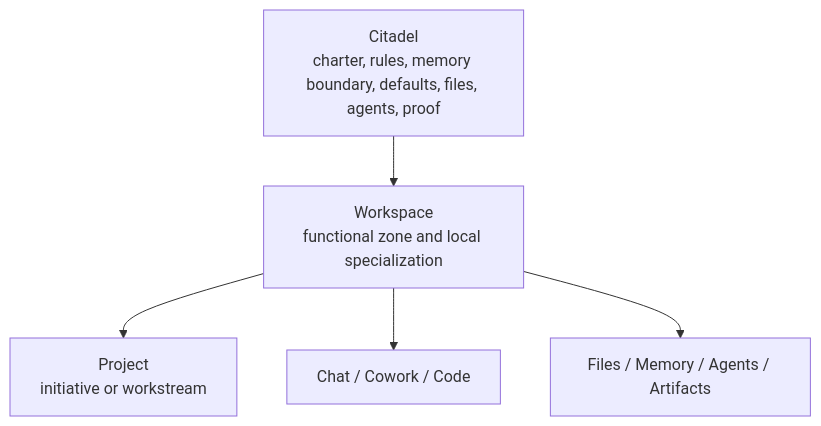
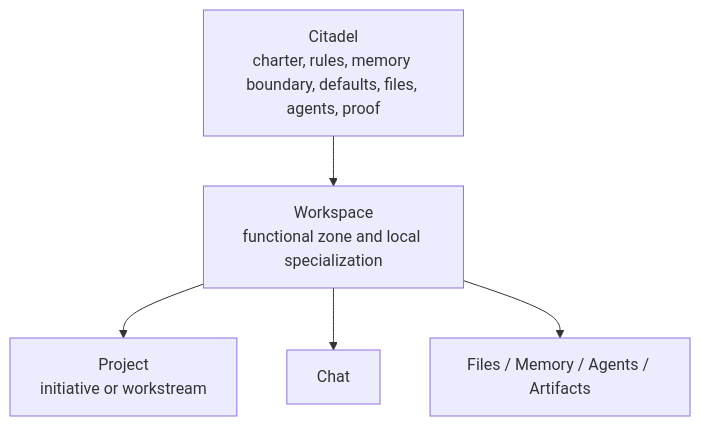
The diagram in docs/CITADELS_OPERATING_MODEL.md (goatcitadel/GoatCitadel), drawn with Mermaid before and after one commit. The commit also changed other lines of this file and 166 other files, not shown here.

````diff
--- a/docs/CITADELS_OPERATING_MODEL.md
+++ b/docs/CITADELS_OPERATING_MODEL.md
@@ -13,13 +13,13 @@
 ```mermaid
 flowchart TD
   Citadel["Citadel\ncharter, rules, memory boundary, defaults, files, agents, proof"]
   Workspace["Workspace\nfunctional zone and local specialization"]
   Project["Project\ninitiative or workstream"]
-  Surfaces["Chat / Cowork / Code"]
+  Surfaces["Chat"]
   Library["Files / Memory / Agents / Artifacts"]
 
   Citadel --> Workspace
   Workspace --> Project
   Workspace --> Surfaces
   Workspace --> Library
 ```
````
